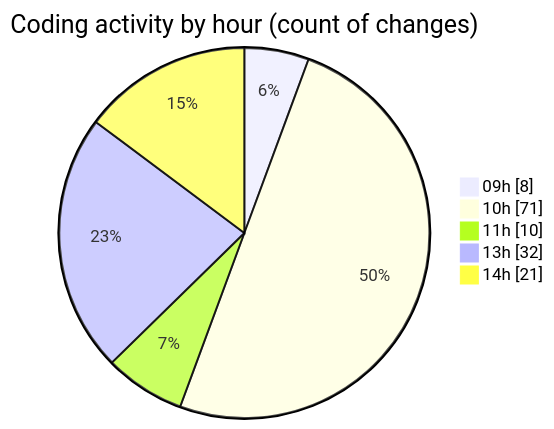
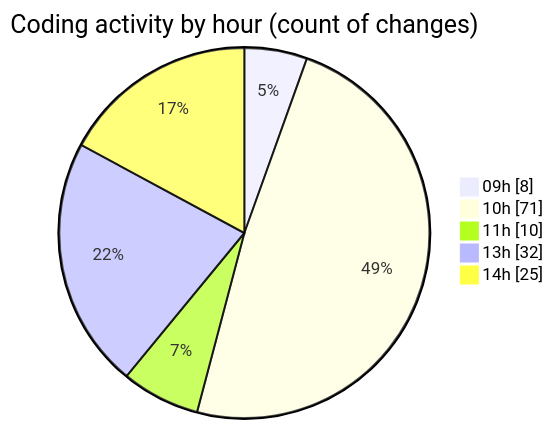
One commit to CELIANVF/code-tracking changed the second of 2 diagrams in 2025-06-03/ecodeli-1/README.md. Above: the diagram before and after it, drawn with Mermaid. The commit also changed other lines of this file and 1 other file, not shown here.

````diff
--- a/2025-06-03/ecodeli-1/README.md
+++ b/2025-06-03/ecodeli-1/README.md
@@ -74,9 +74,9 @@
 ```mermaid
 pie showData
 title Coding activity by hour (count of changes)
 "09h" : 8
 "10h" : 71
 "11h" : 10
 "13h" : 32
-"14h" : 21
+"14h" : 25
 ```
````
